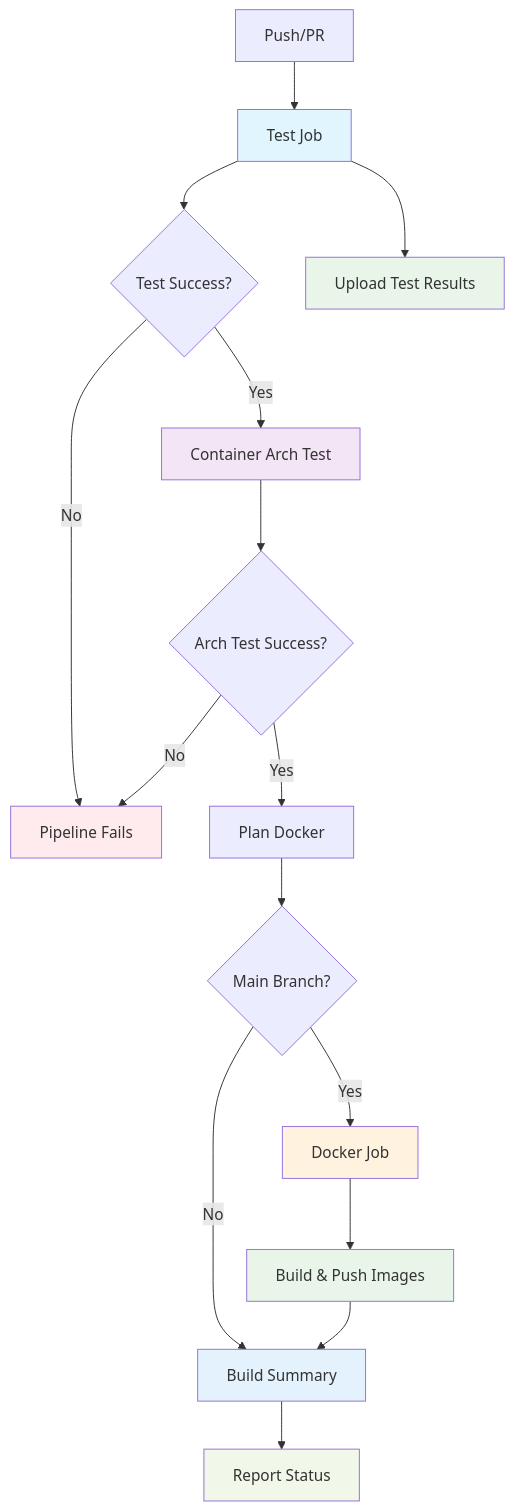
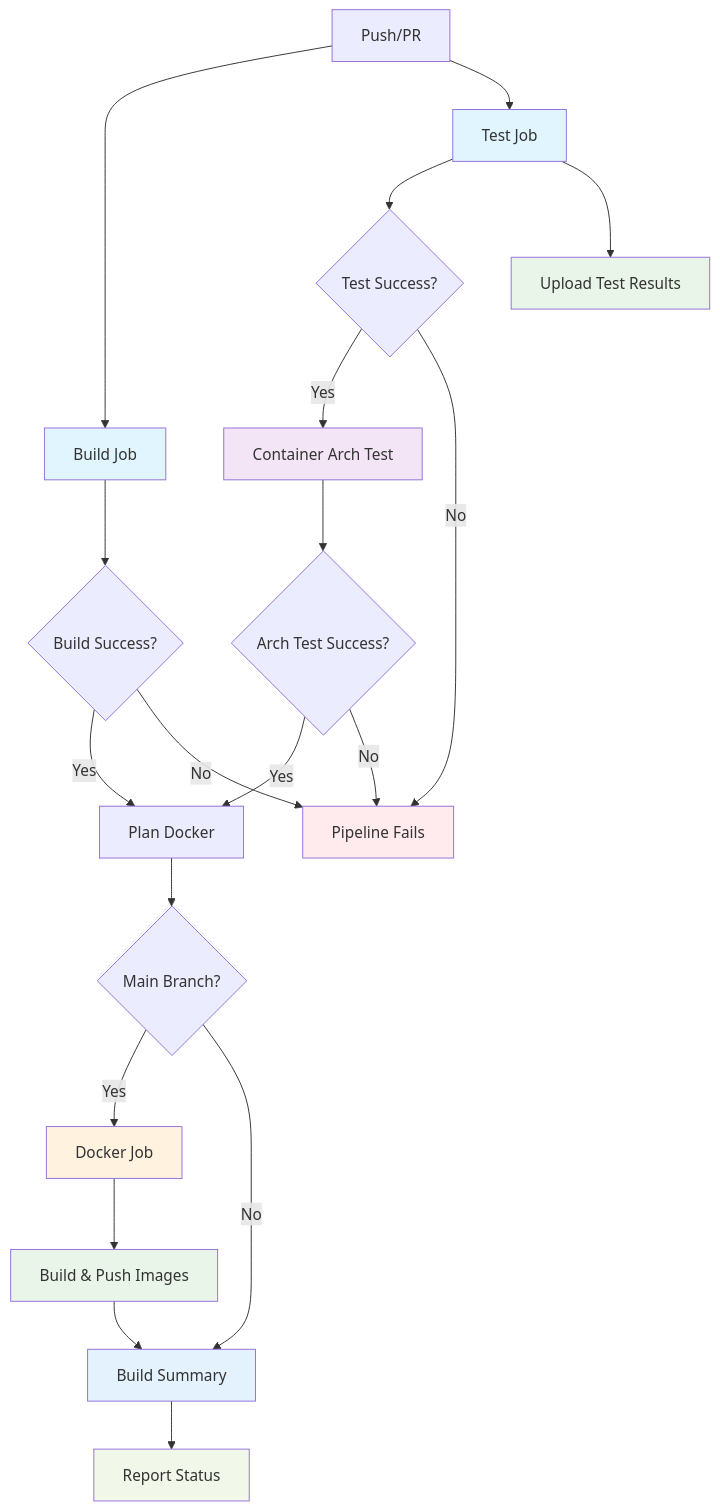
The first of 2 diagrams in README.md (whale-net/everything), drawn with Mermaid before and after one commit. The commit also changed other lines of this file and 1 other file, not shown here.

Commit message:
Add build job parallel to test and update build summary dependency

````diff
--- a/README.md
+++ b/README.md
@@ -630,26 +630,31 @@
 ```mermaid
 graph TD
-    A[Push/PR] --> B[Test Job]
-    B --> C{Test Success?}
-    C -->|Yes| D[Container Arch Test]
-    C -->|No| F[Pipeline Fails]
-    D --> E{Arch Test Success?}
-    E -->|Yes| G[Plan Docker]
-    E -->|No| F
-    G --> H{Main Branch?}
-    H -->|Yes| I[Docker Job]
-    H -->|No| J[Build Summary]
-    I --> K[Build & Push Images]
-    K --> J
-    J --> L[Report Status]
-    B --> M[Upload Test Results]
+    A[Push/PR] --> B[Build Job]
+    A --> C[Test Job]
+    C --> D{Test Success?}
+    D -->|Yes| E[Container Arch Test]
+    D -->|No| F[Pipeline Fails]
+    B --> G{Build Success?}
+    G -->|Yes| H[Plan Docker]
+    G -->|No| F
+    E --> I{Arch Test Success?}
+    I -->|Yes| H
+    I -->|No| F
+    H --> J{Main Branch?}
+    J -->|Yes| K[Docker Job]
+    J -->|No| L[Build Summary]
+    K --> M[Build & Push Images]
+    M --> L
+    L --> N[Report Status]
+    C --> O[Upload Test Results]
     
     style B fill:#e1f5fe
-    style D fill:#f3e5f5
-    style I fill:#fff3e0
+    style C fill:#e1f5fe
+    style E fill:#f3e5f5
+    style K fill:#fff3e0
     style F fill:#ffebee
+    style O fill:#e8f5e8
     style M fill:#e8f5e8
-    style K fill:#e8f5e8
-    style J fill:#e3f2fd
-    style L fill:#f1f8e9
+    style L fill:#e3f2fd
+    style N fill:#f1f8e9
 ```
````
